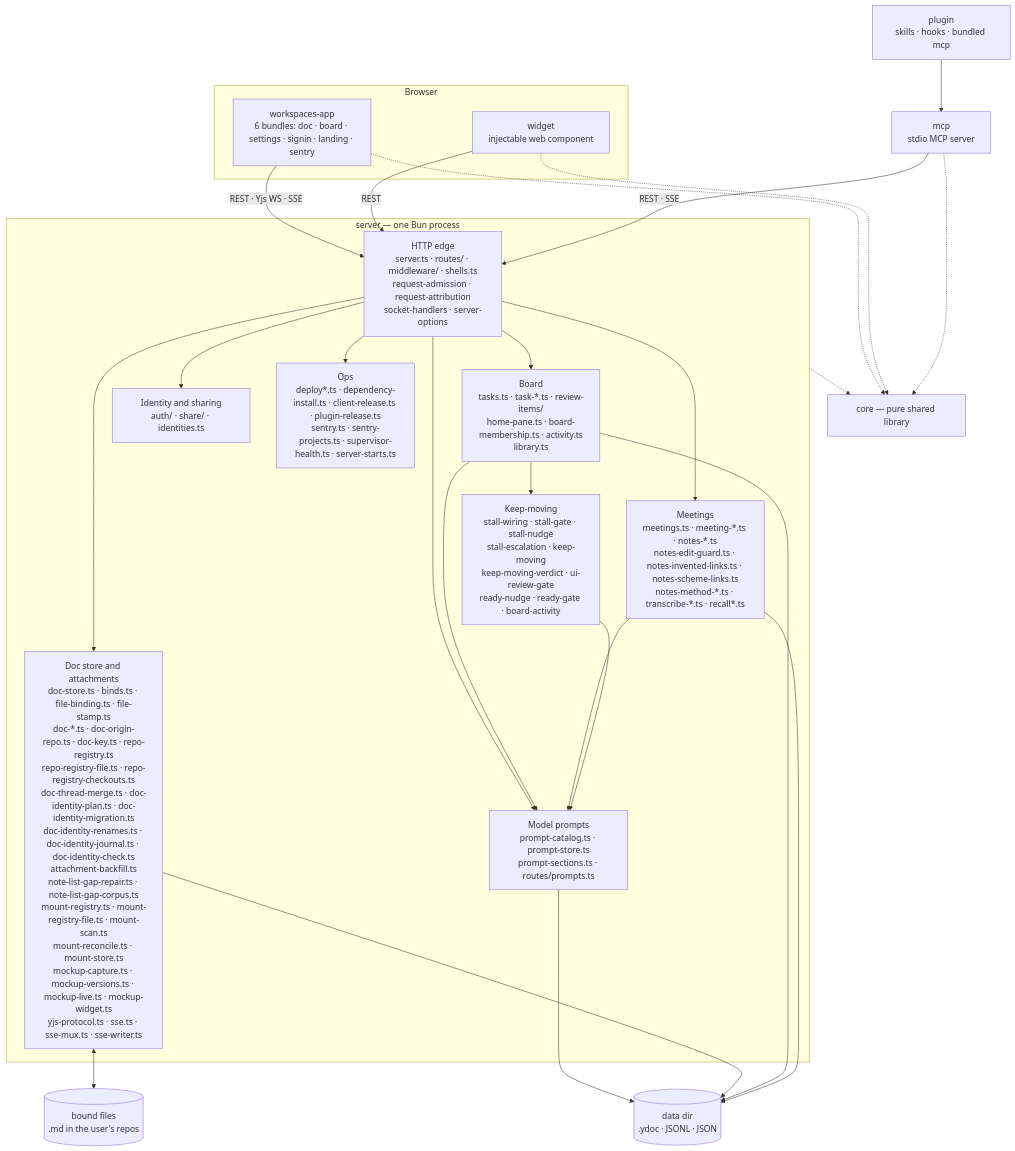
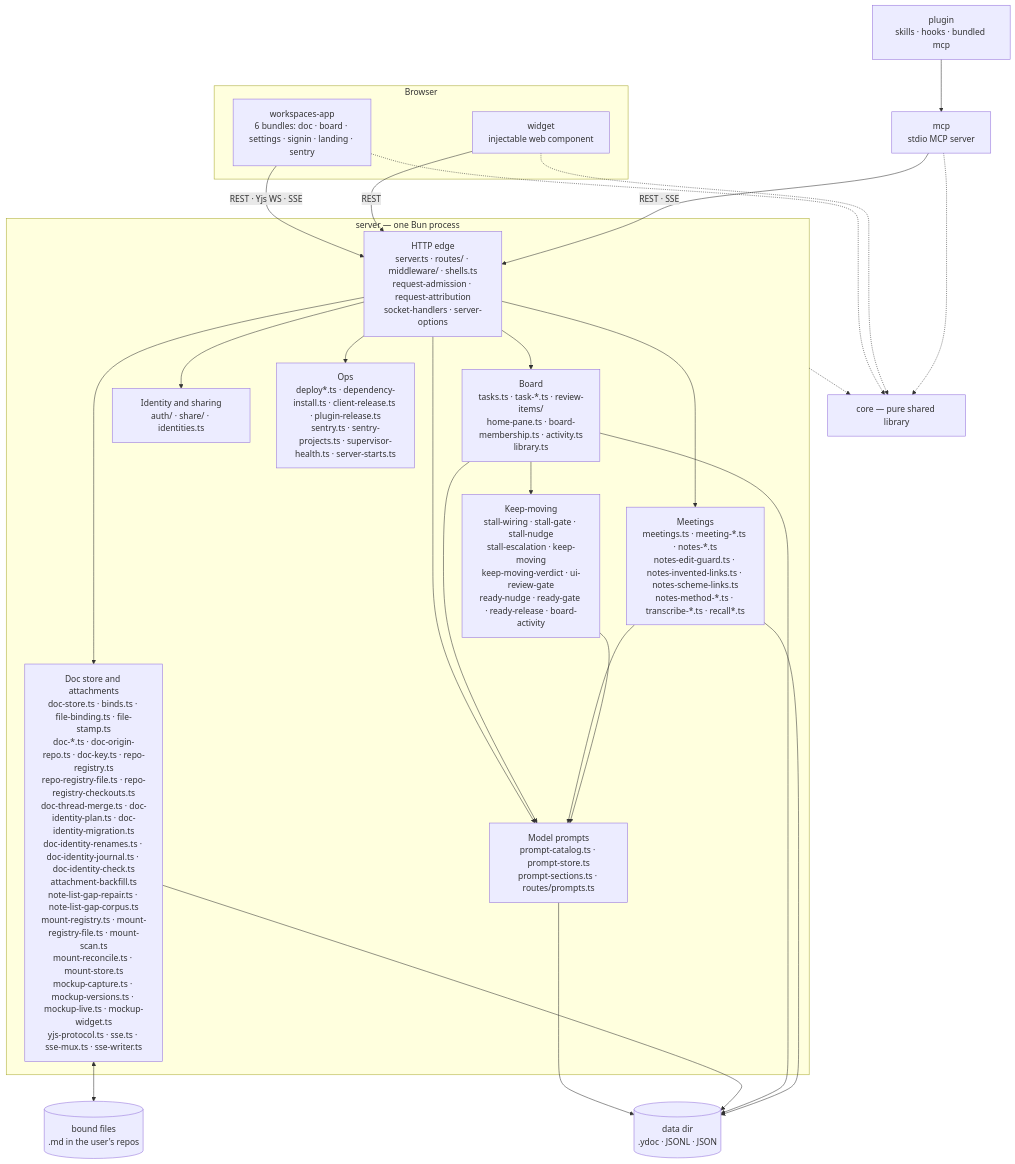
Before and after one commit to fryanpan/claude-workspaces-plugin: the first of 2 diagrams in docs/architecture/overview.md, drawn with Mermaid. The commit also changed other lines of this file and 12 other files, not shown here.

````diff
--- a/docs/architecture/overview.md
+++ b/docs/architecture/overview.md
@@ -45,35 +45,35 @@
 ```mermaid
 flowchart TB
   subgraph browser[Browser]
     app["workspaces-app<br/>6 bundles: doc · board · settings · signin · landing · sentry"]
     wid["widget<br/>injectable web component"]
   end
   plug["plugin<br/>skills · hooks · bundled mcp"]
   mcp["mcp<br/>stdio MCP server"]
   subgraph srv["server — one Bun process"]
     edge["HTTP edge<br/>server.ts · routes/ · middleware/ · shells.ts<br/>request-admission · request-attribution<br/>socket-handlers · server-options"]
     docs["Doc store and attachments<br/>doc-store.ts · binds.ts · file-binding.ts · file-stamp.ts<br/>doc-*.ts · doc-origin-repo.ts · doc-key.ts · repo-registry.ts<br/>repo-registry-file.ts · repo-registry-checkouts.ts<br/>doc-thread-merge.ts · doc-identity-plan.ts · doc-identity-migration.ts<br/>doc-identity-renames.ts · doc-identity-journal.ts · doc-identity-check.ts<br/>attachment-backfill.ts<br/>note-list-gap-repair.ts · note-list-gap-corpus.ts<br/>mount-registry.ts · mount-registry-file.ts · mount-scan.ts<br/>mount-reconcile.ts · mount-store.ts<br/>mockup-capture.ts · mockup-versions.ts · mockup-live.ts · mockup-widget.ts<br/>yjs-protocol.ts · sse.ts · sse-mux.ts · sse-writer.ts"]
     board["Board<br/>tasks.ts · task-*.ts · review-items/<br/>home-pane.ts · board-membership.ts · activity.ts<br/>library.ts"]
     meet["Meetings<br/>meetings.ts · meeting-*.ts · notes-*.ts<br/>notes-edit-guard.ts · notes-invented-links.ts · notes-scheme-links.ts<br/>notes-method-*.ts · transcribe-*.ts · recall*.ts"]
-    keep["Keep-moving<br/>stall-wiring · stall-gate · stall-nudge<br/>stall-escalation · keep-moving<br/>keep-moving-verdict · ui-review-gate<br/>ready-nudge · ready-gate · board-activity"]
+    keep["Keep-moving<br/>stall-wiring · stall-gate · stall-nudge<br/>stall-escalation · keep-moving<br/>keep-moving-verdict · ui-review-gate<br/>ready-nudge · ready-gate · ready-release · board-activity"]
     ident["Identity and sharing<br/>auth/ · share/ · identities.ts"]
     prompts["Model prompts<br/>prompt-catalog.ts · prompt-store.ts<br/>prompt-sections.ts · routes/prompts.ts"]
     ops["Ops<br/>deploy*.ts · dependency-install.ts · client-release.ts · plugin-release.ts<br/>sentry.ts · sentry-projects.ts · supervisor-health.ts · server-starts.ts"]
   end
   core["core — pure shared library"]
   disk[("data dir<br/>.ydoc · JSONL · JSON")]
   files[("bound files<br/>.md in the user's repos")]
 
   app -->|"REST · Yjs WS · SSE"| edge
   wid -->|REST| edge
   plug --> mcp
   mcp -->|"REST · SSE"| edge
   edge --> docs & board & meet & ident & ops & prompts
   board & meet & keep --> prompts
   prompts --> disk
   board --> keep
   docs <--> files
   docs & board & meet --> disk
   app & wid & mcp -.-> core
   srv -.-> core
 ```
````
